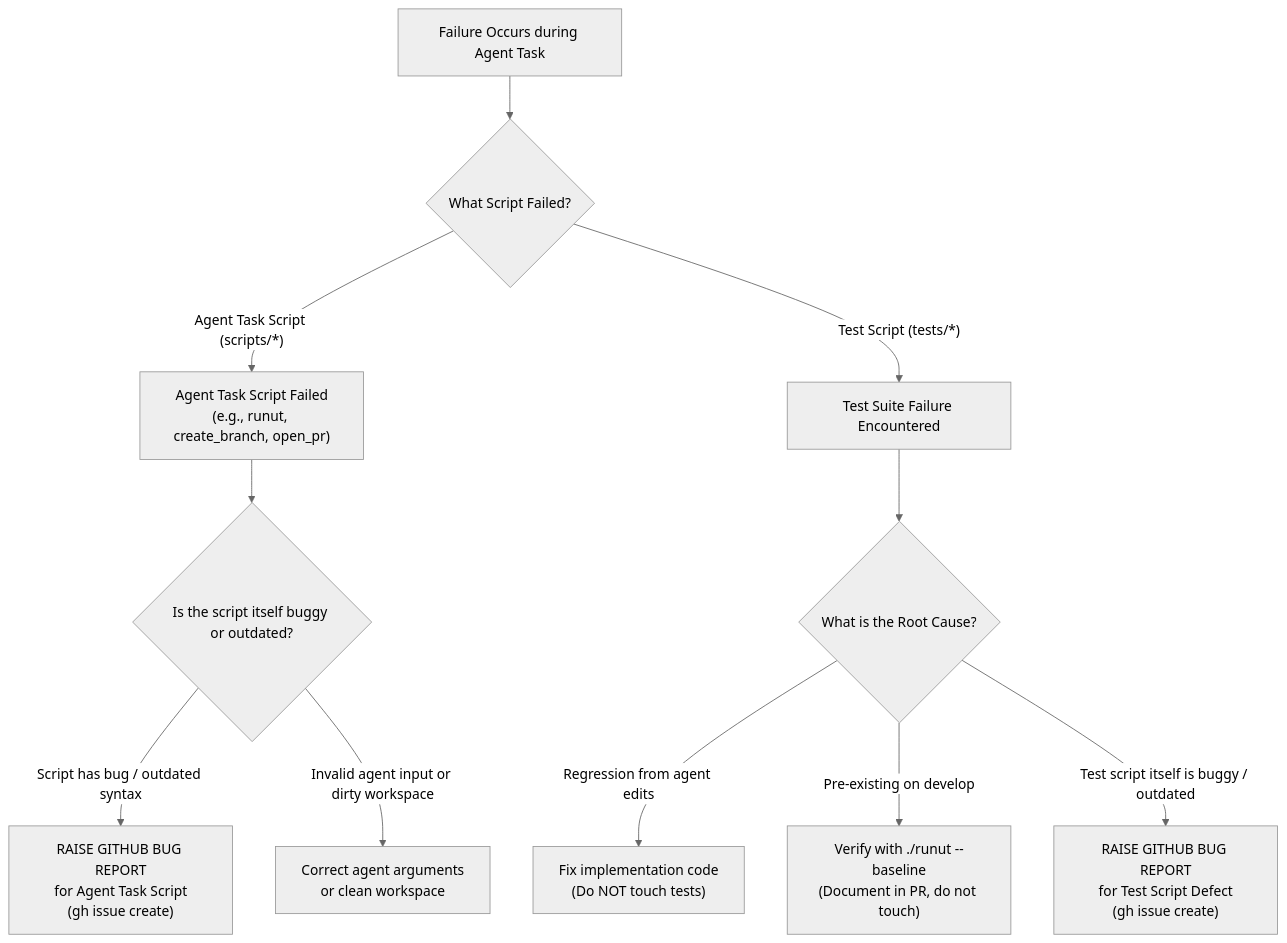
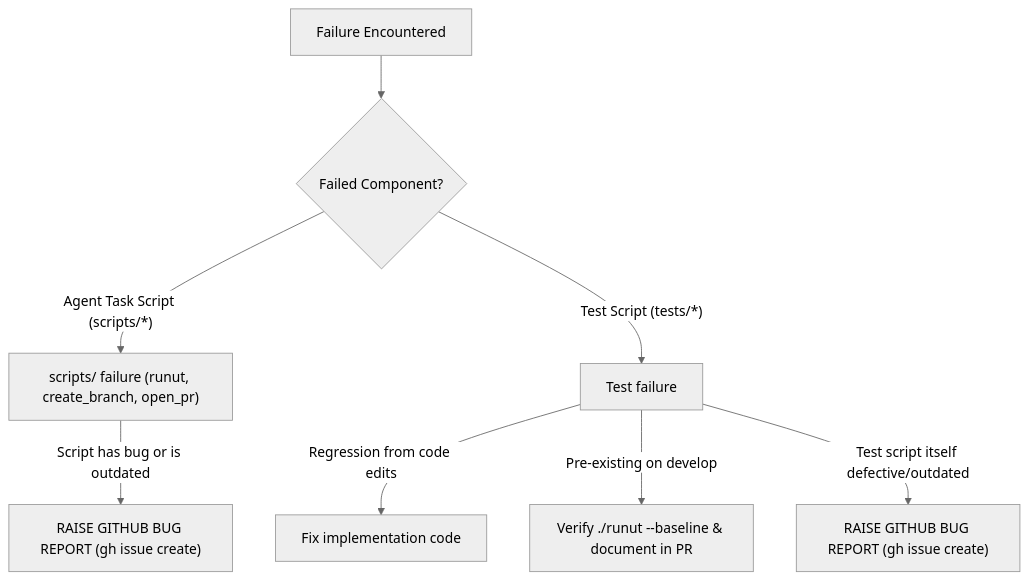
One commit to abhi266raj/ai-script-maker changed the diagram in guidelines/workflows/failure.md. Above: the diagram before and after it, drawn with Mermaid (neutral theme). The commit also changed other lines of this file and 4 other files, not shown here.

Commit message:
refactor(scripts): make agent task scripts and failure guideline token-lean and concise

````diff
--- a/guidelines/workflows/failure.md
+++ b/guidelines/workflows/failure.md
@@ -31,15 +16,10 @@
 ```mermaid
 flowchart TD
-    Failure["Failure Occurs during Agent Task"] --> CheckType{"What Script Failed?"}
-    
-    CheckType -->|"Agent Task Script (scripts/*)"| TaskScriptFail["Agent Task Script Failed\n(e.g., runut, create_branch, open_pr)"]
-    TaskScriptFail --> TaskDiag{"Is the script itself buggy or outdated?"}
-    TaskDiag -->|"Script has bug / outdated syntax"| ReportScriptBug["RAISE GITHUB BUG REPORT\nfor Agent Task Script\n(gh issue create)"]
-    TaskDiag -->|"Invalid agent input or dirty workspace"| FixAgentAction["Correct agent arguments\nor clean workspace"]
-
-    CheckType -->|"Test Script (tests/*)"| TestScriptFail["Test Suite Failure Encountered"]
-    TestScriptFail --> TestDiag{"What is the Root Cause?"}
-    TestDiag -->|"Regression from agent edits"| FixImpl["Fix implementation code\n(Do NOT touch tests)"]
-    TestDiag -->|"Pre-existing on develop"| CheckBaseline["Verify with ./runut --baseline\n(Document in PR, do not touch)"]
-    TestDiag -->|"Test script itself is buggy / outdated"| ReportTestBug["RAISE GITHUB BUG REPORT\nfor Test Script Defect\n(gh issue create)"]
+    Failure["Failure Encountered"] --> Type{"Failed Component?"}
+    Type -->|"Agent Task Script (scripts/*)"| TaskScript["scripts/ failure (runut, create_branch, open_pr)"]
+    TaskScript -->|"Script has bug or is outdated"| BugTask["RAISE GITHUB BUG REPORT (gh issue create)"]
+    Type -->|"Test Script (tests/*)"| TestScript["Test failure"]
+    TestScript -->|"Regression from code edits"| FixImpl["Fix implementation code"]
+    TestScript -->|"Pre-existing on develop"| BaseDoc["Verify ./runut --baseline & document in PR"]
+    TestScript -->|"Test script itself defective/outdated"| BugTest["RAISE GITHUB BUG REPORT (gh issue create)"]
 ```
````
